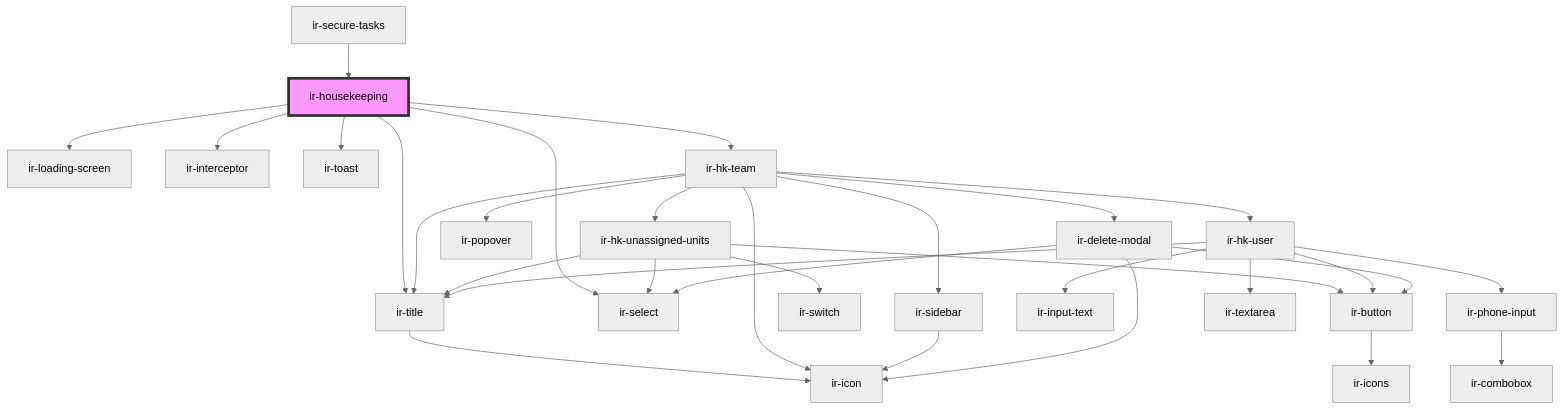
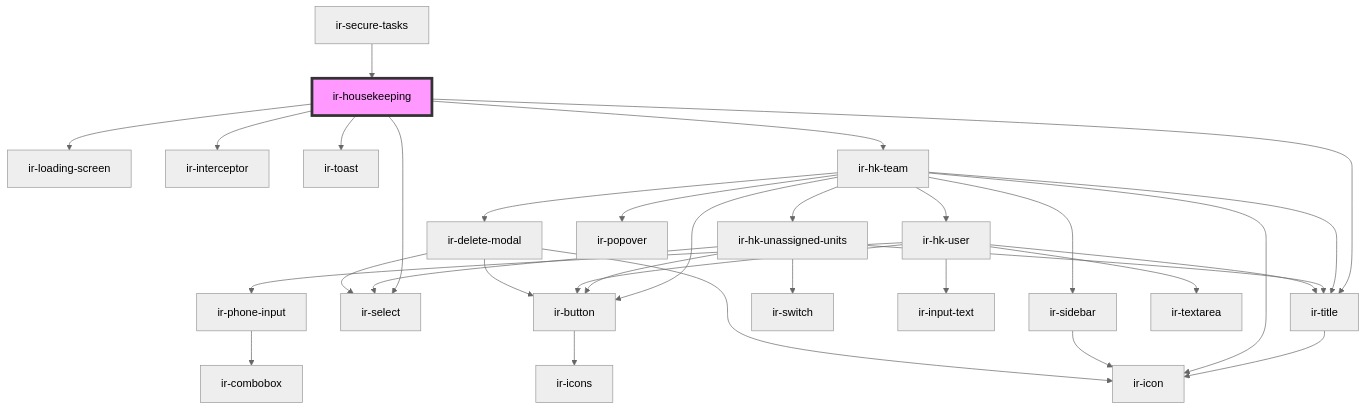
Before and after one commit to David1Chowaifaty/modified-ir-webcmp: the diagram in src/components/ir-housekeeping/readme.md, drawn with Mermaid (neutral theme). The commit also changed 14 other files, not shown here.

````diff
--- a/src/components/ir-housekeeping/readme.md
+++ b/src/components/ir-housekeeping/readme.md
@@ -41,34 +41,35 @@
 ```mermaid
 graph TD;
   ir-housekeeping --> ir-loading-screen
   ir-housekeeping --> ir-interceptor
   ir-housekeeping --> ir-toast
   ir-housekeeping --> ir-title
   ir-housekeeping --> ir-select
   ir-housekeeping --> ir-hk-team
   ir-title --> ir-icon
   ir-hk-team --> ir-hk-unassigned-units
   ir-hk-team --> ir-hk-user
   ir-hk-team --> ir-title
   ir-hk-team --> ir-icon
   ir-hk-team --> ir-popover
+  ir-hk-team --> ir-button
   ir-hk-team --> ir-sidebar
   ir-hk-team --> ir-delete-modal
   ir-hk-unassigned-units --> ir-select
   ir-hk-unassigned-units --> ir-switch
   ir-hk-unassigned-units --> ir-title
   ir-hk-unassigned-units --> ir-button
   ir-button --> ir-icons
   ir-hk-user --> ir-title
   ir-hk-user --> ir-input-text
   ir-hk-user --> ir-phone-input
   ir-hk-user --> ir-textarea
   ir-hk-user --> ir-button
   ir-phone-input --> ir-combobox
   ir-sidebar --> ir-icon
   ir-delete-modal --> ir-icon
   ir-delete-modal --> ir-select
   ir-delete-modal --> ir-button
   ir-secure-tasks --> ir-housekeeping
   style ir-housekeeping fill:#f9f,stroke:#333,stroke-width:4px
 ```
````
